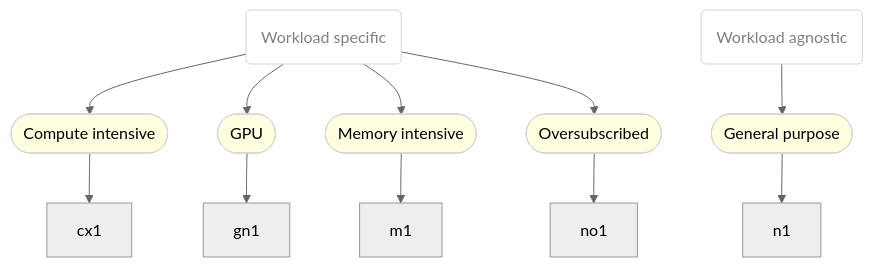
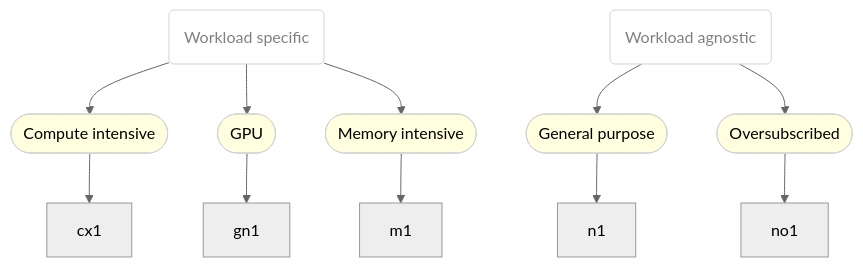
One commit to fabiand/instanceTypes changed the diagram in README.md. Above: the diagram before and after it, drawn with Mermaid (neutral theme). The commit also changed 1 other file, not shown here.

````diff
--- a/README.md
+++ b/README.md
@@ -30,28 +30,28 @@
 ```mermaid
 graph TD
 
 classDef grp fill:white,stroke:lightgray,color:gray
 classDef series fill:lightyellow,stroke:lightgray
 classDef instancetype fill:
 
 wrkld(Workload specific)
 nwrkld(Workload agnostic)
 class wrkld grp
 
 wrkld:::grp --> Computeintensive:::series
 Computeintensive([Compute intensive]):::series --> cx1:::instancetype
 
 wrkld:::grp --> GPU:::series
 GPU([GPU]):::series --> gn1:::instancetype
 
 wrkld:::grp --> Memoryintensive:::series
 Memoryintensive([Memory intensive]):::series --> m1:::instancetype
 
 nwrkld:::grp --> Generalpurpose:::series
 Generalpurpose([General purpose]):::series --> n1:::instancetype
 
-wrkld:::grp --> Oversubscribed:::series
+nwrkld:::grp --> Oversubscribed:::series
 Oversubscribed([Oversubscribed]):::series --> no1:::instancetype
 
 
 ```
````
